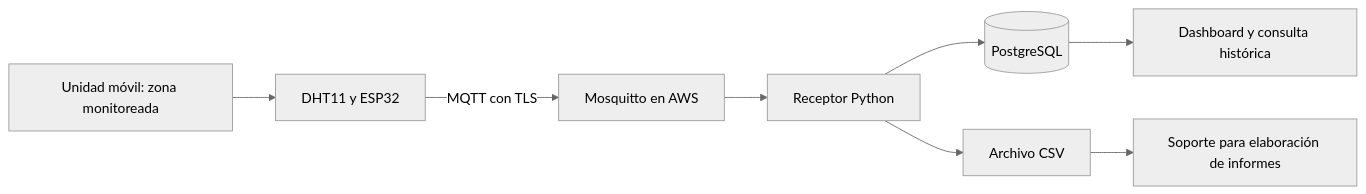
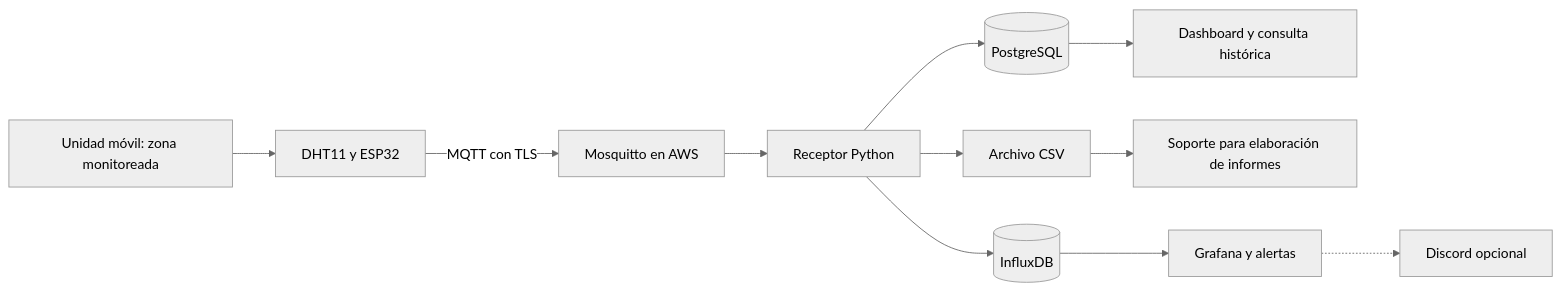
Before and after one commit to didcasva/Actividad_1_IoT_IA: the first of 3 diagrams in docs/modelo-datos-y-problematica.md, drawn with Mermaid (neutral theme). The commit also changed other lines of this file and 12 other files, not shown here.

````diff
--- a/docs/modelo-datos-y-problematica.md
+++ b/docs/modelo-datos-y-problematica.md
@@ -15,10 +15,13 @@
 ```mermaid
 flowchart LR
     A[Unidad móvil: zona monitoreada] --> B[DHT11 y ESP32]
     B -->|MQTT con TLS| C[Mosquitto en AWS]
     C --> D[Receptor Python]
     D --> E[(PostgreSQL)]
     D --> F[Archivo CSV]
+    D --> I[(InfluxDB)]
     E --> G[Dashboard y consulta histórica]
     F --> H[Soporte para elaboración de informes]
+    I --> J[Grafana y alertas]
+    J -.-> K[Discord opcional]
 ```
````
